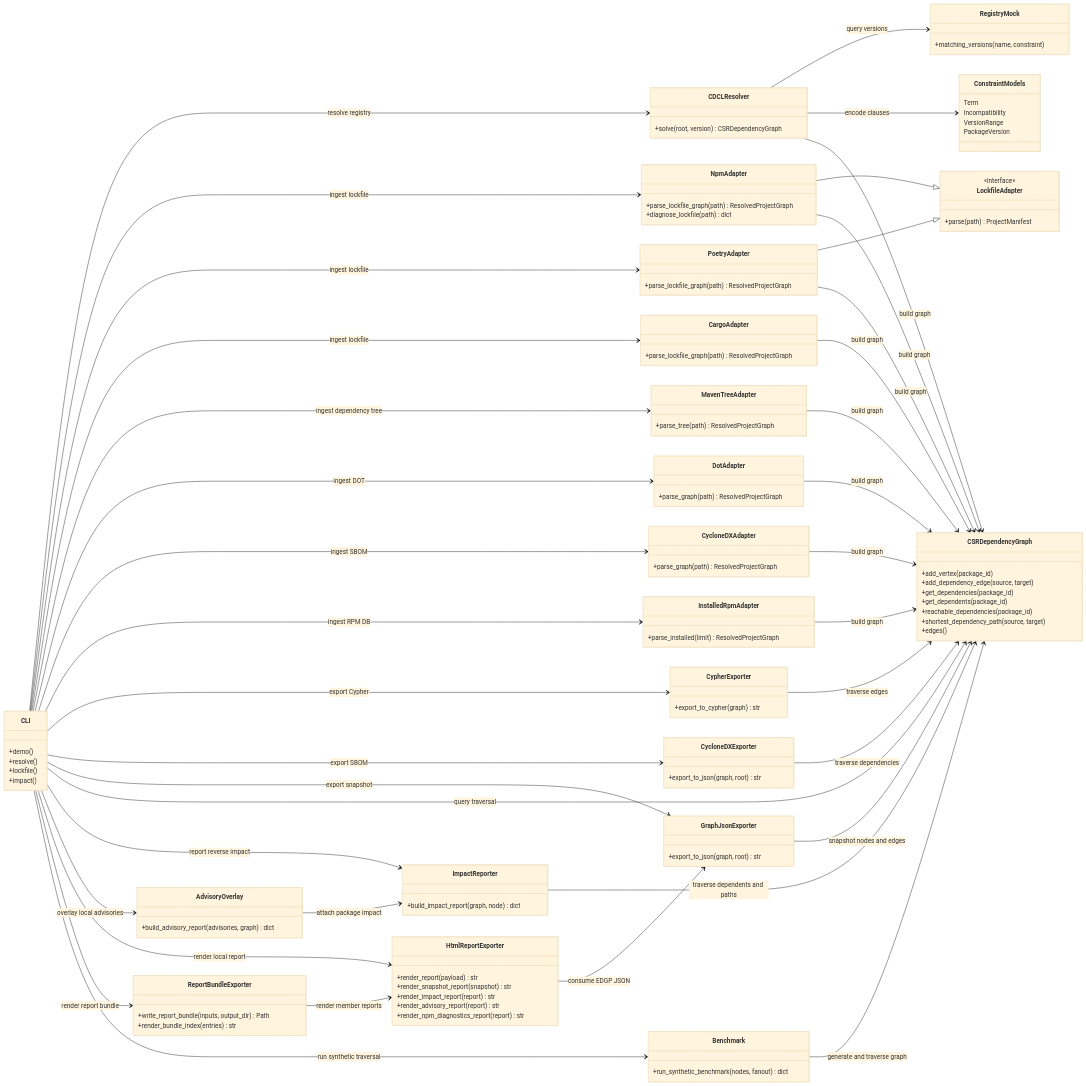
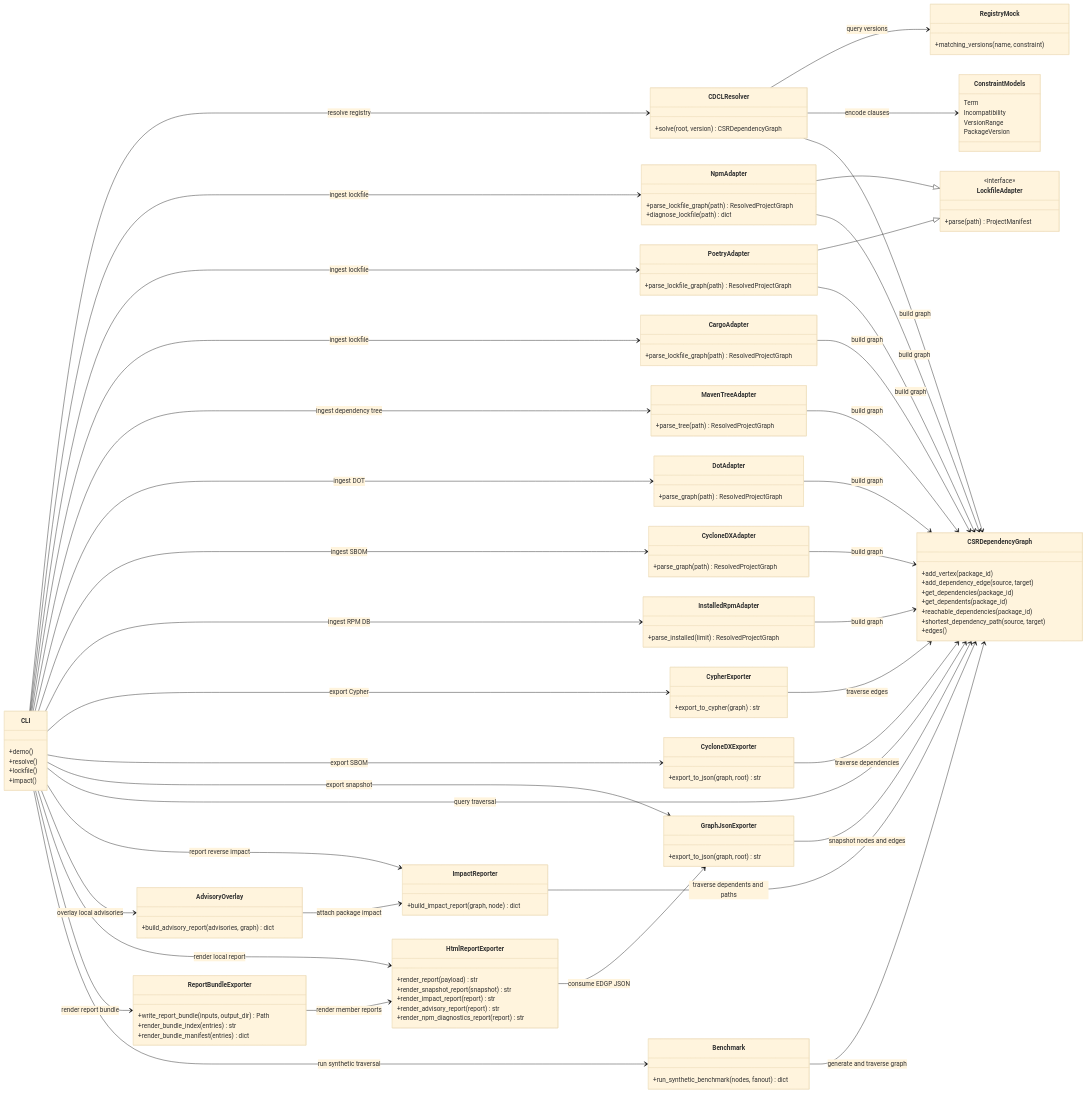
The first of 2 diagrams in README.md (xsub/EnterpriseLinux-SoftwareSupplyChain), drawn with Mermaid (base theme) before and after one commit. The commit also changed other lines of this file and 6 other files, not shown here.

```diff
--- a/README.md
+++ b/README.md
@@ -236,6 +236,7 @@
 class ReportBundleExporter {
   +write_report_bundle(inputs, output_dir) Path
   +render_bundle_index(entries) str
+  +render_bundle_manifest(entries) dict
 }
 class Benchmark {
   +run_synthetic_benchmark(nodes, fanout) dict
```
